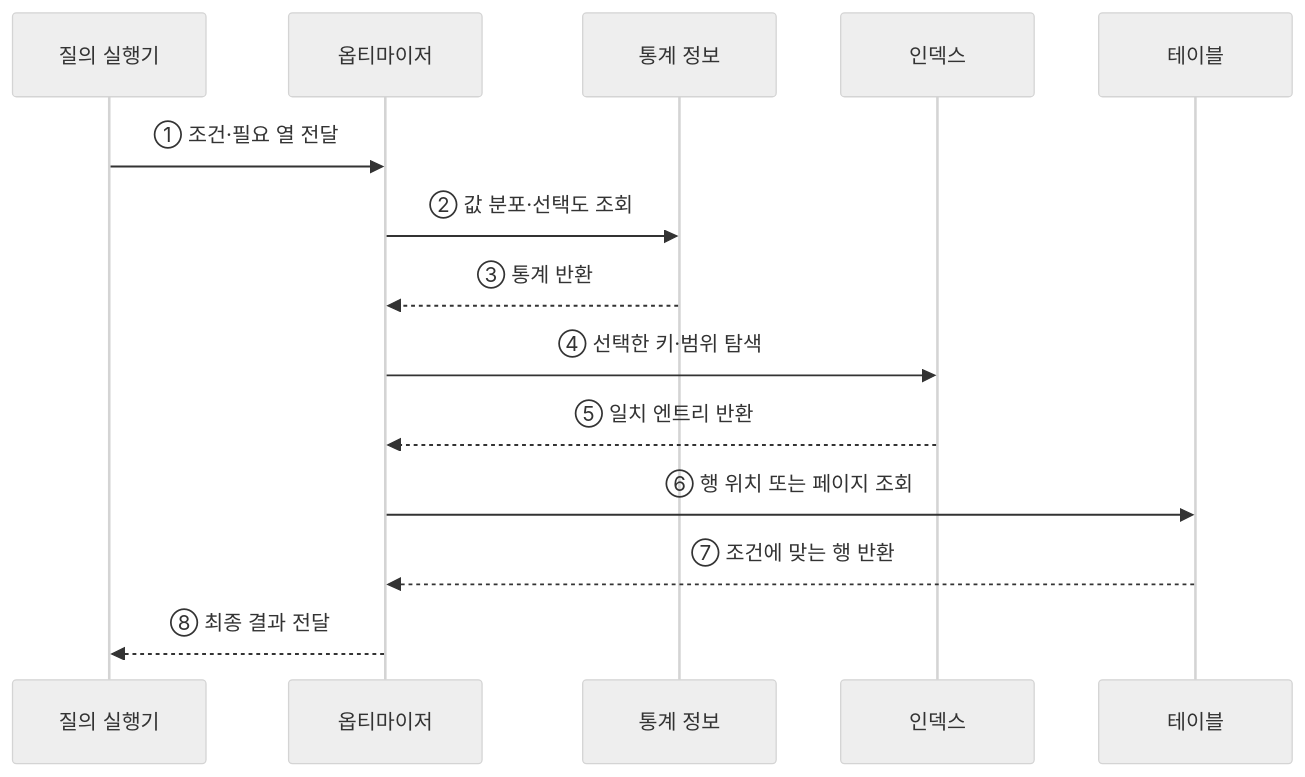
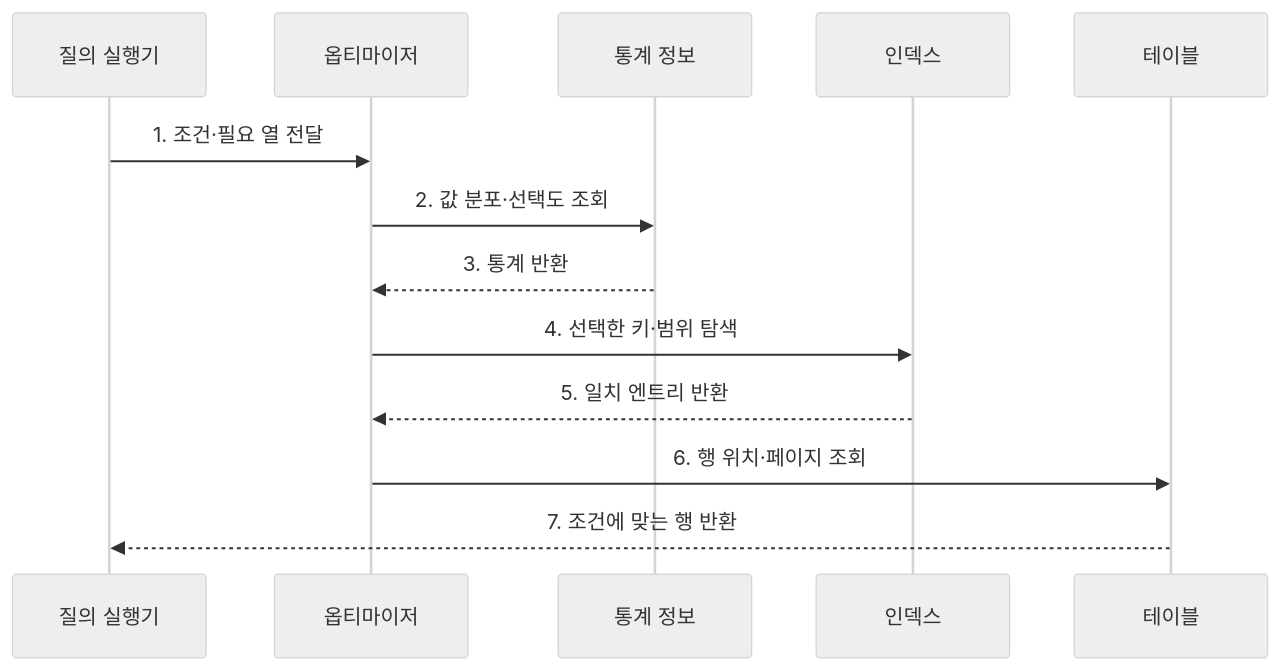
One commit to agnusdei1207/knowledge-base changed the second of 2 diagrams in src/content/docs/notes/03-software/093_index_structure.md. Above: the diagram before and after it, drawn with Mermaid (neutral theme). The commit also changed other lines of this file and 20 other files, not shown here.

````diff
--- a/src/content/docs/notes/03-software/093_index_structure.md
+++ b/src/content/docs/notes/03-software/093_index_structure.md
@@ -68,16 +78,15 @@
 ```mermaid
 sequenceDiagram
     participant Q as 질의 실행기
     participant O as 옵티마이저
     participant S as 통계 정보
     participant I as 인덱스
     participant T as 테이블
-    Q->>O: ① 조건·필요 열 전달
-    O->>S: ② 값 분포·선택도 조회
-    S-->>O: ③ 통계 반환
-    O->>I: ④ 선택한 키·범위 탐색
-    I-->>O: ⑤ 일치 엔트리 반환
-    O->>T: ⑥ 행 위치 또는 페이지 조회
-    T-->>O: ⑦ 조건에 맞는 행 반환
-    O-->>Q: ⑧ 최종 결과 전달
+    Q->>O: 1. 조건·필요 열 전달
+    O->>S: 2. 값 분포·선택도 조회
+    S-->>O: 3. 통계 반환
+    O->>I: 4. 선택한 키·범위 탐색
+    I-->>O: 5. 일치 엔트리 반환
+    O->>T: 6. 행 위치·페이지 조회
+    T-->>Q: 7. 조건에 맞는 행 반환
 ```
````
